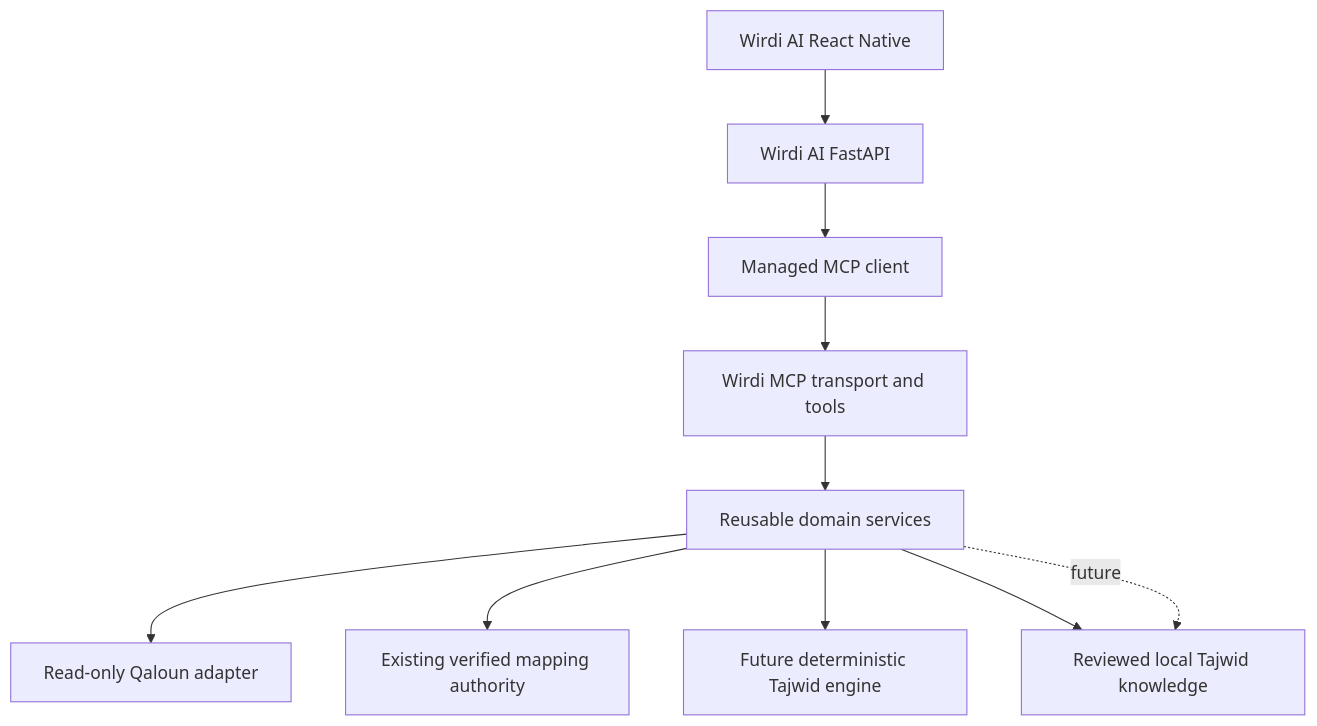
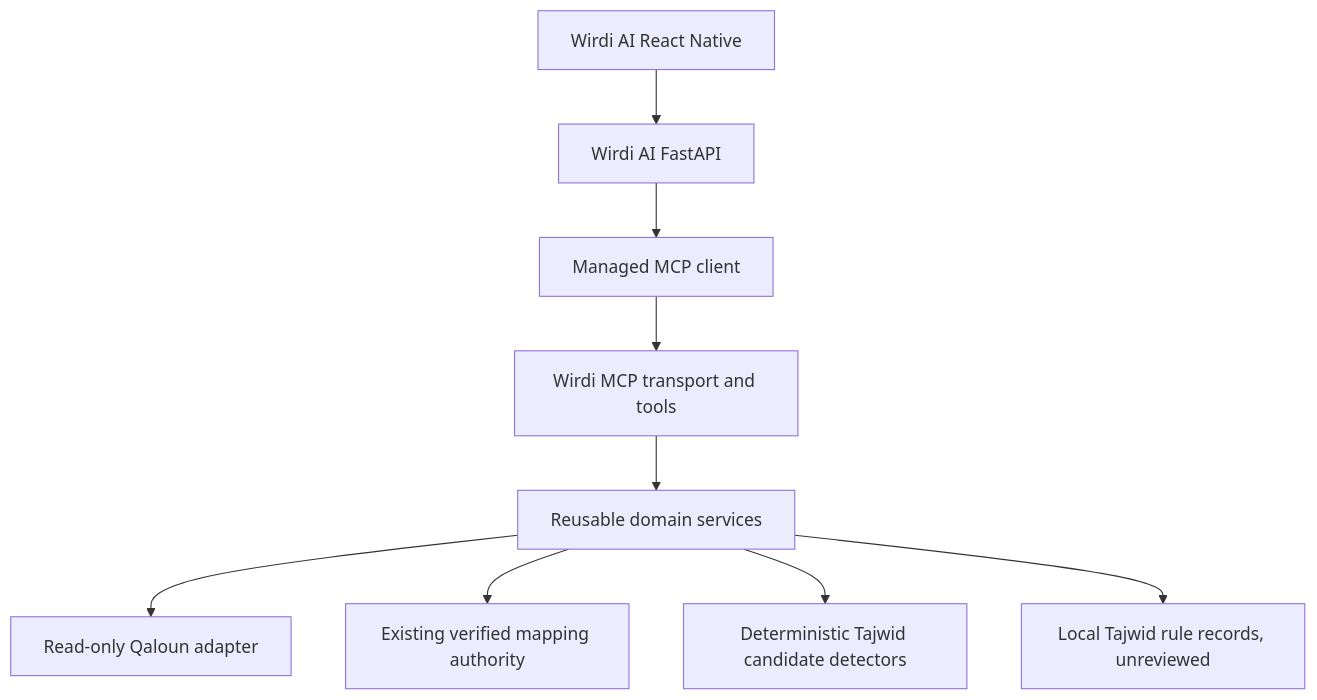
One commit to kousay11/tajwiid-MCP changed the diagram in README.md. Above: the diagram before and after it, drawn with Mermaid. The commit also changed other lines of this file and 23 other files, not shown here.

````diff
--- a/README.md
+++ b/README.md
@@ -113,12 +137,11 @@
 ```mermaid
 flowchart TD
     Mobile[Wirdi AI React Native] --> Backend[Wirdi AI FastAPI]
     Backend --> Client[Managed MCP client]
     Client --> Server[Wirdi MCP transport and tools]
     Server --> Domain[Reusable domain services]
     Domain --> Data[Read-only Qaloun adapter]
     Domain --> Mapping[Existing verified mapping authority]
-    Domain --> Rules[Future deterministic Tajwid engine]
-    Domain --> Knowledge[Future structured knowledge repository]
-    Domain -. future .-> Knowledge[Reviewed local Tajwid knowledge]
+    Domain --> Rules[Deterministic Tajwid candidate detectors]
+    Domain --> Knowledge[Local Tajwid rule records, unreviewed]
 ```
````
